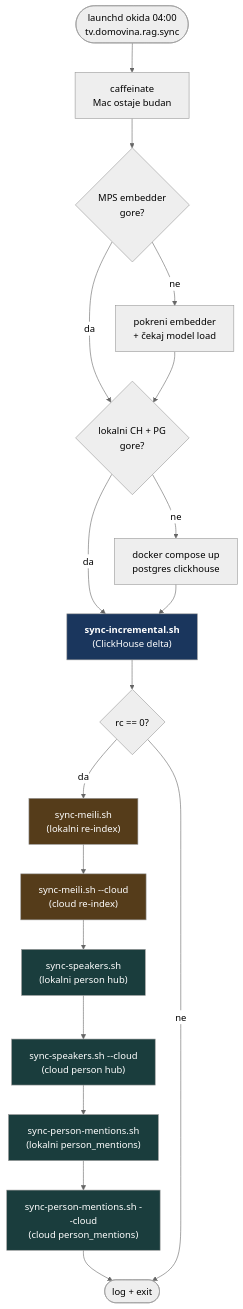
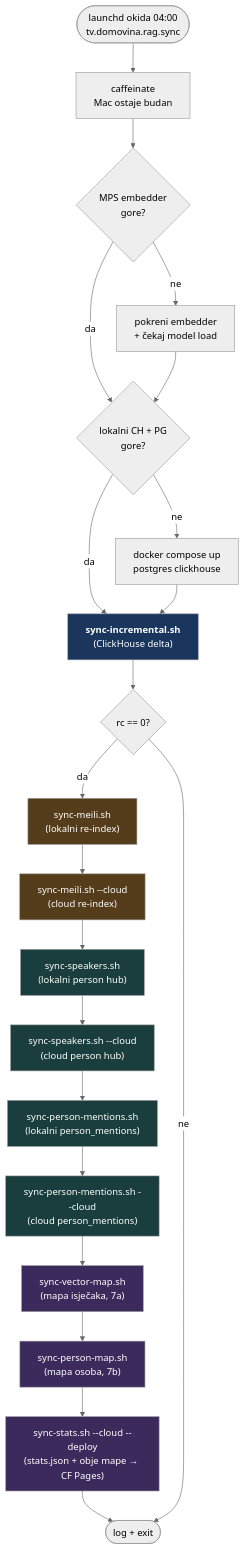
Before and after one commit to domovinatv/domovina-rag: the second of 7 diagrams in docs/data-refresh-flow.md, drawn with Mermaid (neutral theme). The commit also changed other lines of this file and 6 other files, not shown here.

First line of the commit message:
feat(person-map): mapa osoba — UMAP nad embeddinzima ljudi iz korpusa

````diff
--- a/docs/data-refresh-flow.md
+++ b/docs/data-refresh-flow.md
@@ -72,29 +72,35 @@
 ```mermaid
 flowchart TD
     START(["launchd okida 04:00<br/>tv.domovina.rag.sync"]) --> CAF[caffeinate<br/>Mac ostaje budan]
     CAF --> CHKEMB{MPS embedder<br/>gore?}
     CHKEMB -- ne --> STARTEMB[pokreni embedder<br/>+ čekaj model load]
     CHKEMB -- da --> CHKDB
     STARTEMB --> CHKDB{lokalni CH + PG<br/>gore?}
     CHKDB -- ne --> STARTDB[docker compose up<br/>postgres clickhouse]
     CHKDB -- da --> SYNC
     STARTDB --> SYNC
 
     SYNC["<b>sync-incremental.sh</b><br/>(ClickHouse delta)"] --> RC{rc == 0?}
     RC -- da --> MEILILOCAL["sync-meili.sh<br/>(lokalni re-index)"]
     MEILILOCAL --> MEILICLOUD["sync-meili.sh --cloud<br/>(cloud re-index)"]
     MEILICLOUD --> SPKLOCAL["sync-speakers.sh<br/>(lokalni person hub)"]
     SPKLOCAL --> SPKCLOUD["sync-speakers.sh --cloud<br/>(cloud person hub)"]
     SPKCLOUD --> PMLOCAL["sync-person-mentions.sh<br/>(lokalni person_mentions)"]
     PMLOCAL --> PMCLOUD["sync-person-mentions.sh --cloud<br/>(cloud person_mentions)"]
-    PMCLOUD --> DONE(["log + exit"])
+    PMCLOUD --> VMAP["sync-vector-map.sh<br/>(mapa isječaka, 7a)"]
+    VMAP --> PMAP["sync-person-map.sh<br/>(mapa osoba, 7b)"]
+    PMAP --> STATS["sync-stats.sh --cloud --deploy<br/>(stats.json + obje mape → CF Pages)"]
+    STATS --> DONE(["log + exit"])
     RC -- ne --> DONE
 
     style SYNC fill:#1a365d,color:#fff
     style MEILILOCAL fill:#553c1a,color:#fff
     style MEILICLOUD fill:#553c1a,color:#fff
     style SPKLOCAL fill:#1a3d3d,color:#fff
     style SPKCLOUD fill:#1a3d3d,color:#fff
     style PMLOCAL fill:#1a3d3d,color:#fff
     style PMCLOUD fill:#1a3d3d,color:#fff
+    style VMAP fill:#3d2a5c,color:#fff
+    style PMAP fill:#3d2a5c,color:#fff
+    style STATS fill:#3d2a5c,color:#fff
 ```
````
